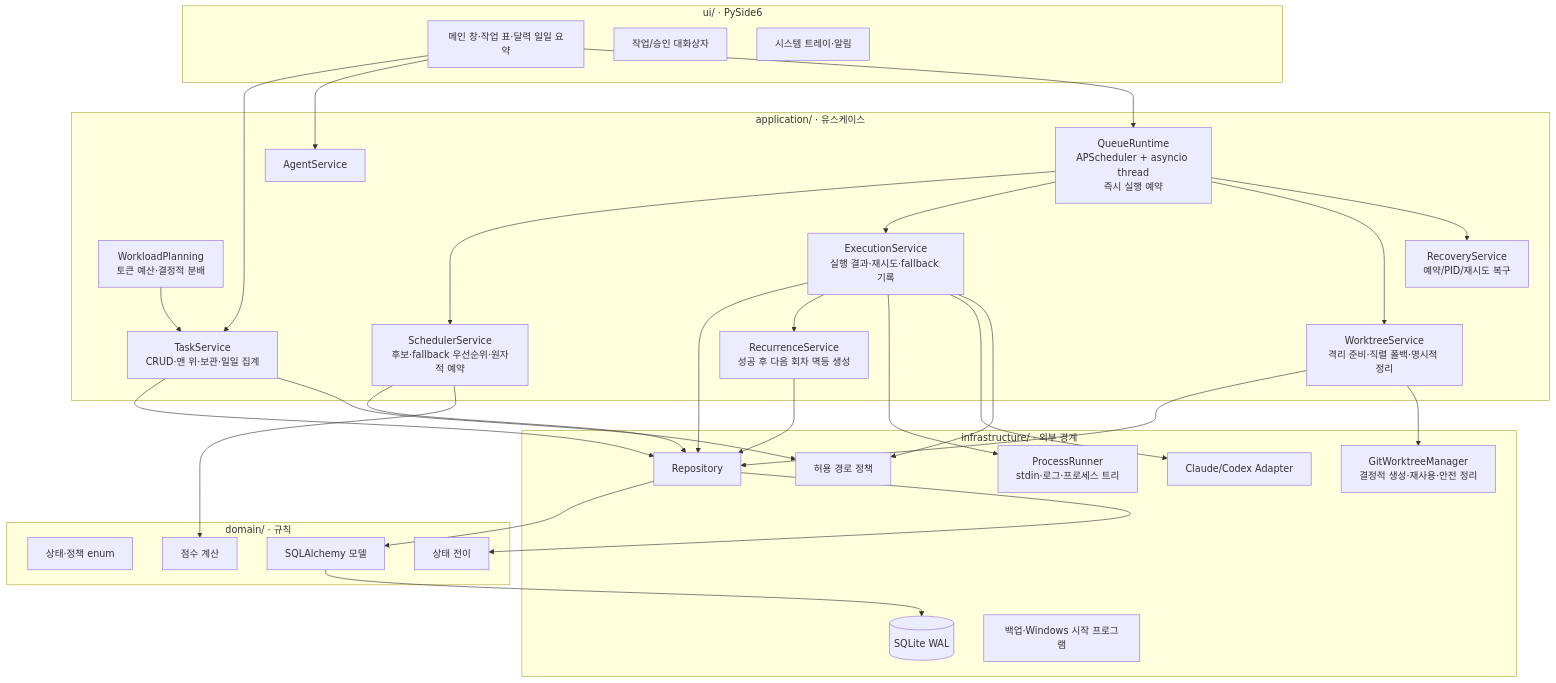
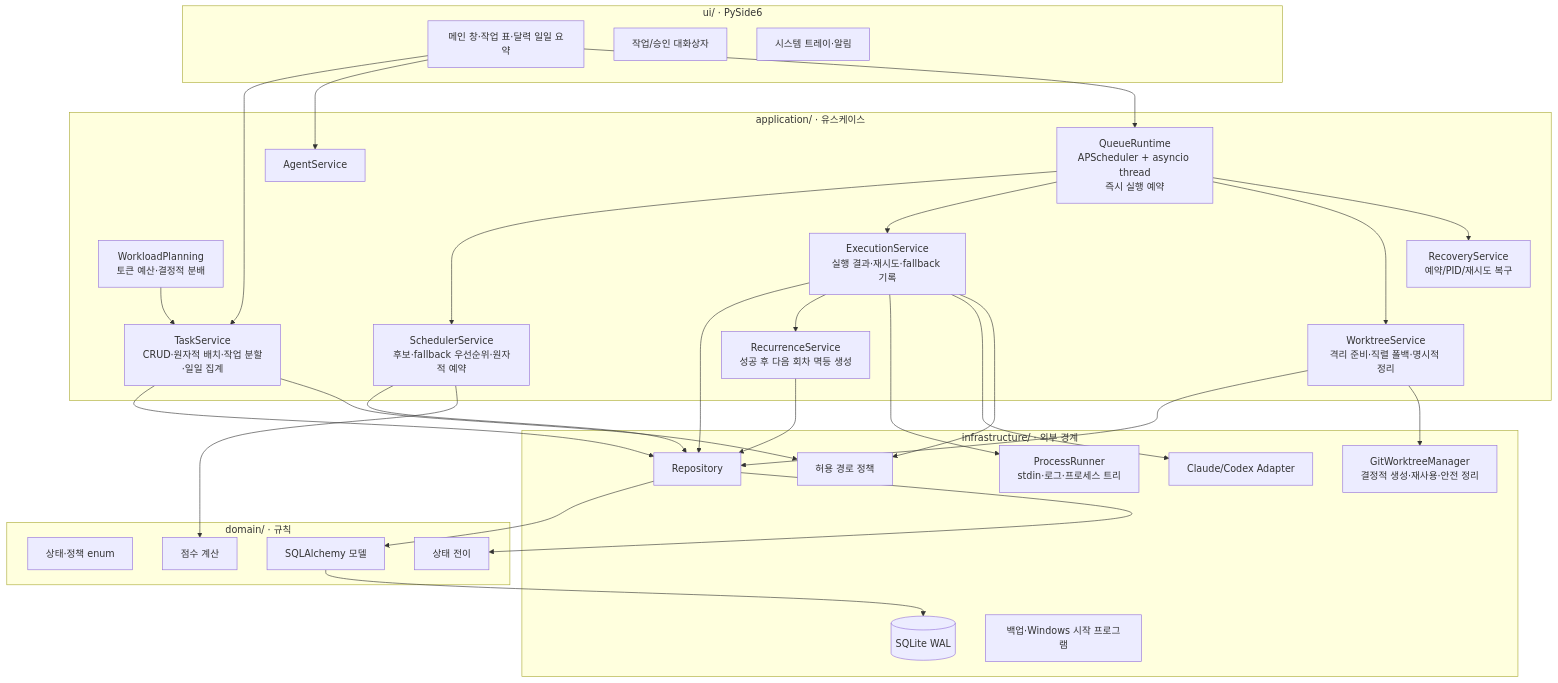
Before and after one commit to jasonwpgml/AQR: the first of 4 diagrams in ai-queue-runner/docs/ARCHITECTURE.md, drawn with Mermaid. The commit also changed other lines of this file and 18 other files, not shown here.

````diff
--- a/ai-queue-runner/docs/ARCHITECTURE.md
+++ b/ai-queue-runner/docs/ARCHITECTURE.md
@@ -7,59 +7,59 @@
 ```mermaid
 flowchart TB
     subgraph UI["ui/ · PySide6"]
         MW[메인 창·작업 표·달력 일일 요약]
         DLG[작업/승인 대화상자]
         TRAY[시스템 트레이·알림]
     end
 
     subgraph APP["application/ · 유스케이스"]
-        TASK[TaskService\nCRUD·맨 위·보관·일일 집계]
+        TASK[TaskService\nCRUD·원자적 배치·작업 분할·일일 집계]
         PLAN[WorkloadPlanning\n토큰 예산·결정적 분배]
         AGENT[AgentService]
         RUNTIME[QueueRuntime\nAPScheduler + asyncio thread\n즉시 실행 예약]
         SCHED[SchedulerService\n후보·fallback 우선순위·원자적 예약]
         EXEC[ExecutionService\n실행 결과·재시도·fallback 기록]
         WORKTREE[WorktreeService\n격리 준비·직렬 폴백·명시적 정리]
         RECUR[RecurrenceService\n성공 후 다음 회차 멱등 생성]
         RECOV[RecoveryService\n예약/PID/재시도 복구]
     end
 
     subgraph DOMAIN["domain/ · 규칙"]
         ENUM[상태·정책 enum]
         TRANS[상태 전이]
         SCORE[점수 계산]
         MODEL[SQLAlchemy 모델]
     end
 
     subgraph INFRA["infrastructure/ · 외부 경계"]
         REPO[Repository]
         DB[(SQLite WAL)]
         PROC[ProcessRunner\nstdin·로그·프로세스 트리]
         ADAPTER[Claude/Codex Adapter]
         POLICY[허용 경로 정책]
         GIT[GitWorktreeManager\n결정적 생성·재사용·안전 정리]
         OPS[백업·Windows 시작 프로그램]
     end
 
     MW --> TASK
     MW --> AGENT
     MW --> RUNTIME
     RUNTIME --> SCHED
     RUNTIME --> EXEC
     RUNTIME --> WORKTREE
     RUNTIME --> RECOV
     SCHED --> REPO
     SCHED --> SCORE
     EXEC --> REPO
     EXEC --> RECUR --> REPO
     EXEC --> PROC
     EXEC --> ADAPTER
     EXEC --> POLICY
     WORKTREE --> REPO
     WORKTREE --> GIT
     TASK --> REPO
     PLAN --> TASK
     TASK --> POLICY
     REPO --> MODEL --> DB
     REPO --> TRANS
 ```
````
